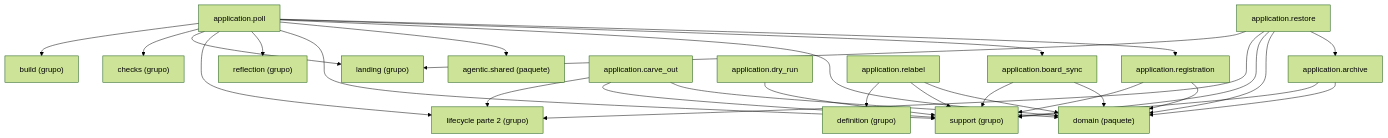
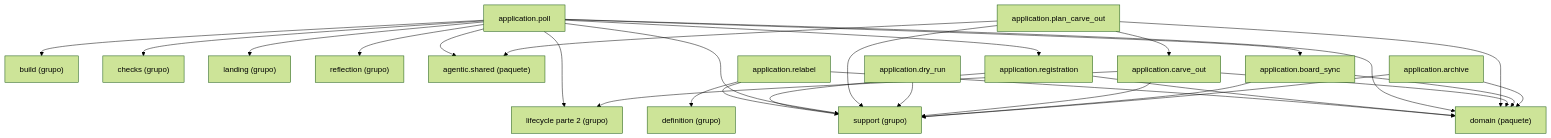
The diagram in docs/architecture/generated/packages-process-application-lifecycle-1.md (GonzaloZevallos/agentic-system), drawn with Mermaid (forest theme) before and after one commit. The commit also changed 7 other files, not shown here.

Commit message:
Test the carve-out procedure and place it in the docs clusters

````diff
--- a/docs/architecture/generated/packages-process-application-lifecycle-1.md
+++ b/docs/architecture/generated/packages-process-application-lifecycle-1.md
@@ -16,48 +16,47 @@
 ```mermaid
 graph TD
     g_application__build["build (grupo)"]
     g_application__checks["checks (grupo)"]
     g_application__definition["definition (grupo)"]
     g_application__landing["landing (grupo)"]
     g_application__lifecycle__2["lifecycle parte 2 (grupo)"]
     g_application__reflection["reflection (grupo)"]
     g_application__support["support (grupo)"]
     g_pkg__agentic__shared["agentic.shared (paquete)"]
     g_pkg__domain["domain (paquete)"]
     m_application__archive["application.archive"]
     m_application__board_sync["application.board_sync"]
     m_application__carve_out["application.carve_out"]
     m_application__dry_run["application.dry_run"]
+    m_application__plan_carve_out["application.plan_carve_out"]
     m_application__poll["application.poll"]
     m_application__registration["application.registration"]
     m_application__relabel["application.relabel"]
-    m_application__restore["application.restore"]
     m_application__archive --> g_application__support
     m_application__archive --> g_pkg__domain
     m_application__board_sync --> g_application__support
     m_application__board_sync --> g_pkg__domain
     m_application__carve_out --> g_application__lifecycle__2
     m_application__carve_out --> g_application__support
     m_application__carve_out --> g_pkg__domain
     m_application__dry_run --> g_application__support
+    m_application__plan_carve_out --> g_application__support
+    m_application__plan_carve_out --> g_pkg__agentic__shared
+    m_application__plan_carve_out --> g_pkg__domain
+    m_application__plan_carve_out --> m_application__carve_out
     m_application__poll --> g_application__build
     m_application__poll --> g_application__checks
     m_application__poll --> g_application__landing
     m_application__poll --> g_application__lifecycle__2
     m_application__poll --> g_application__reflection
     m_application__poll --> g_application__support
     m_application__poll --> g_pkg__agentic__shared
     m_application__poll --> g_pkg__domain
     m_application__poll --> m_application__board_sync
     m_application__poll --> m_application__registration
     m_application__registration --> g_application__support
     m_application__registration --> g_pkg__domain
     m_application__relabel --> g_application__definition
     m_application__relabel --> g_application__support
     m_application__relabel --> g_pkg__domain
-    m_application__restore --> g_application__landing
-    m_application__restore --> g_application__lifecycle__2
-    m_application__restore --> g_application__support
-    m_application__restore --> g_pkg__domain
-    m_application__restore --> m_application__archive
 ```
````
